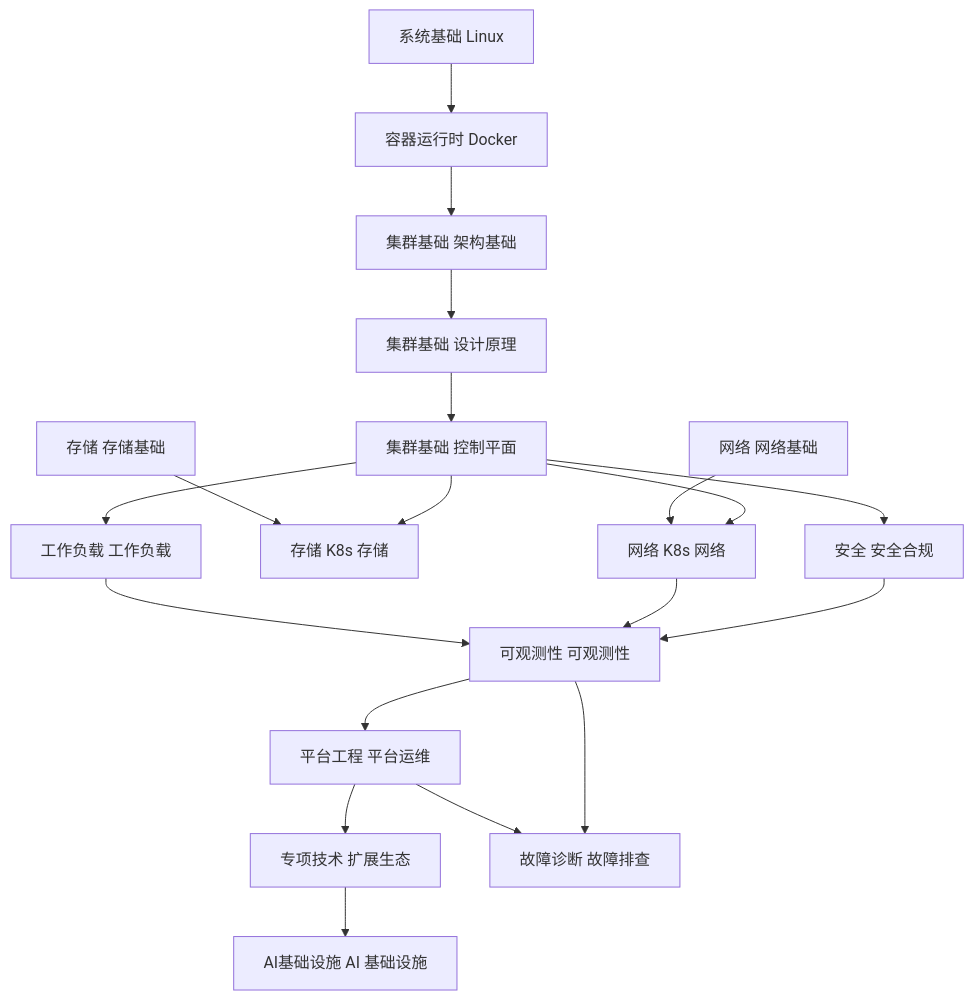
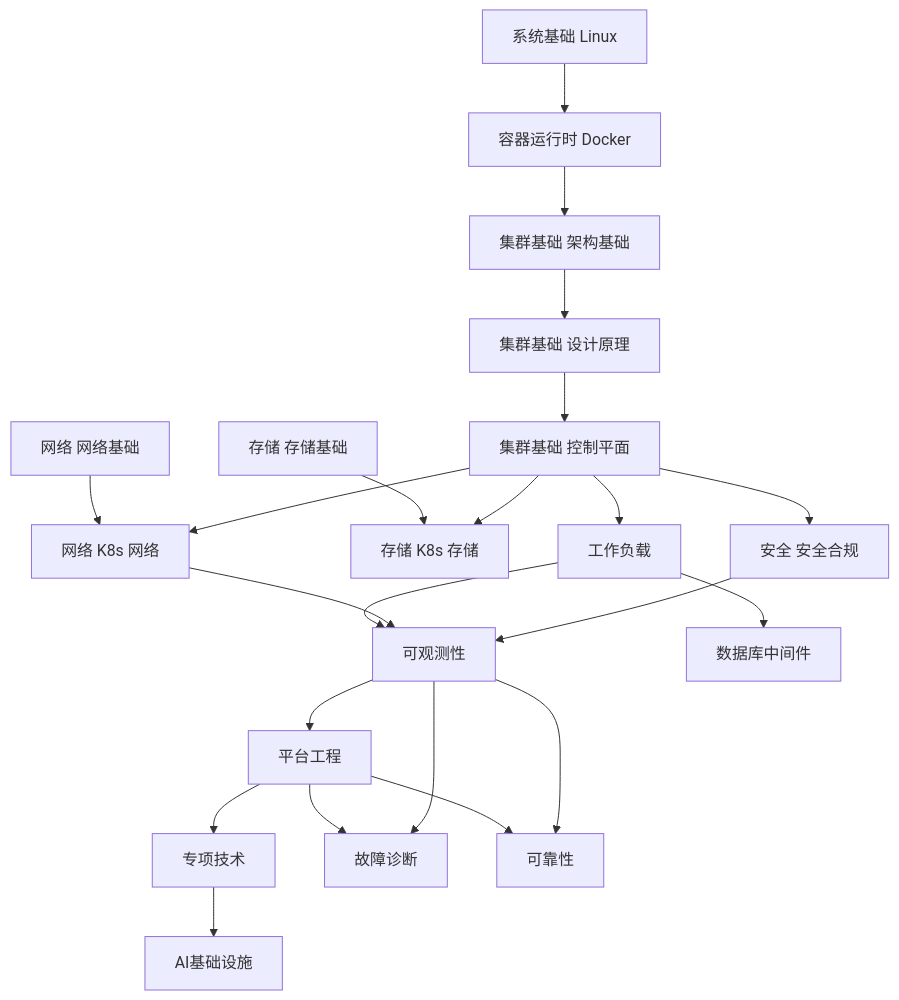
One commit to kudig-io/kudig-database changed the first of 3 diagrams in 元数据/metadata/knowledge-map.md. Above: the diagram before and after it, drawn with Mermaid. The commit also changed other lines of this file and 198 other files, not shown here.

````diff
--- a/元数据/metadata/knowledge-map.md
+++ b/元数据/metadata/knowledge-map.md
@@ -46,27 +29,30 @@
 ```mermaid
 graph TD
     LINUX[系统基础 Linux] --> DOCKER[容器运行时 Docker]
     NET_FUND[网络 网络基础] --> K8S_NET[网络 K8s 网络]
     STORE_FUND[存储 存储基础] --> K8S_STORE[存储 K8s 存储]
     
     DOCKER --> ARCH[集群基础 架构基础]
     ARCH --> DESIGN[集群基础 设计原理]
     DESIGN --> CTRL[集群基础 控制平面]
     
-    CTRL --> WORKLOAD[工作负载 工作负载]
+    CTRL --> WORKLOAD[工作负载]
     CTRL --> K8S_NET
     CTRL --> K8S_STORE
     CTRL --> SEC[安全 安全合规]
     
-    WORKLOAD --> OBS[可观测性 可观测性]
+    WORKLOAD --> OBS[可观测性]
     K8S_NET --> OBS
     SEC --> OBS
     
-    OBS --> PLAT[平台工程 平台运维]
-    PLAT --> EXT[专项技术 扩展生态]
+    OBS --> PLAT[平台工程]
+    PLAT --> EXT[专项技术]
     
-    PLAT --> TS[故障诊断 故障排查]
+    PLAT --> TS[故障诊断]
     OBS --> TS
     
-    EXT --> AI[AI基础设施 AI 基础设施]
+    EXT --> AI[AI基础设施]
+    WORKLOAD --> DB[数据库中间件]
+    PLAT --> REL[可靠性]
+    OBS --> REL
 ```
````
